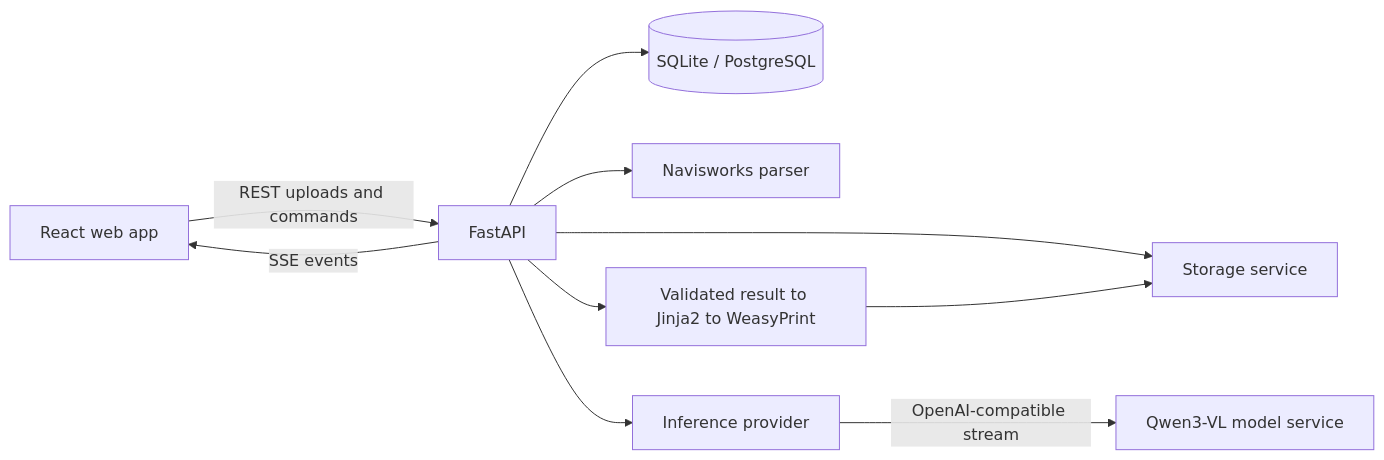
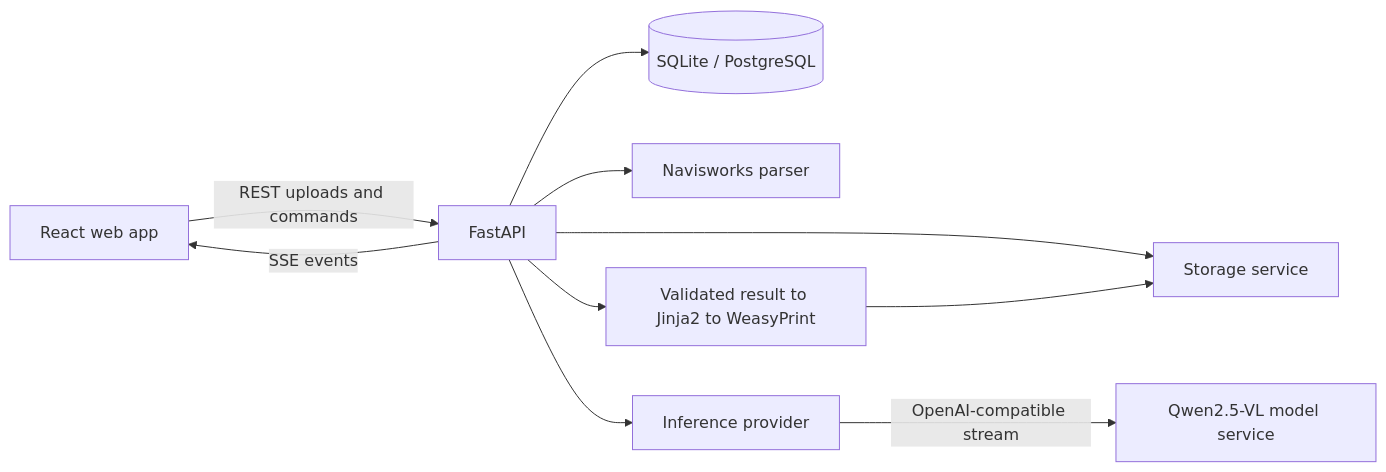
One commit to LeeHaii/ClashDetectionAI changed the diagram in docs/architecture.md. Above: the diagram before and after it, drawn with Mermaid. The commit also changed other lines of this file and 10 other files, not shown here.

````diff
--- a/docs/architecture.md
+++ b/docs/architecture.md
@@ -5,12 +5,12 @@
 ```mermaid
 flowchart LR
     browser[React web app] -->|REST uploads and commands| api[FastAPI]
     api --> db[(SQLite / PostgreSQL)]
     api --> files[Storage service]
     api --> parser[Navisworks parser]
     api --> inference[Inference provider]
-    inference -->|OpenAI-compatible stream| model[Qwen3-VL model service]
+    inference -->|OpenAI-compatible stream| model[Qwen2.5-VL model service]
     api -->|SSE events| browser
     api --> pdf[Validated result to Jinja2 to WeasyPrint]
     pdf --> files
 ```
````
